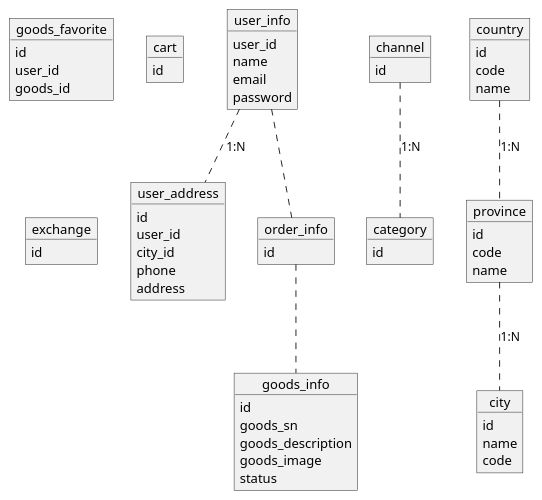
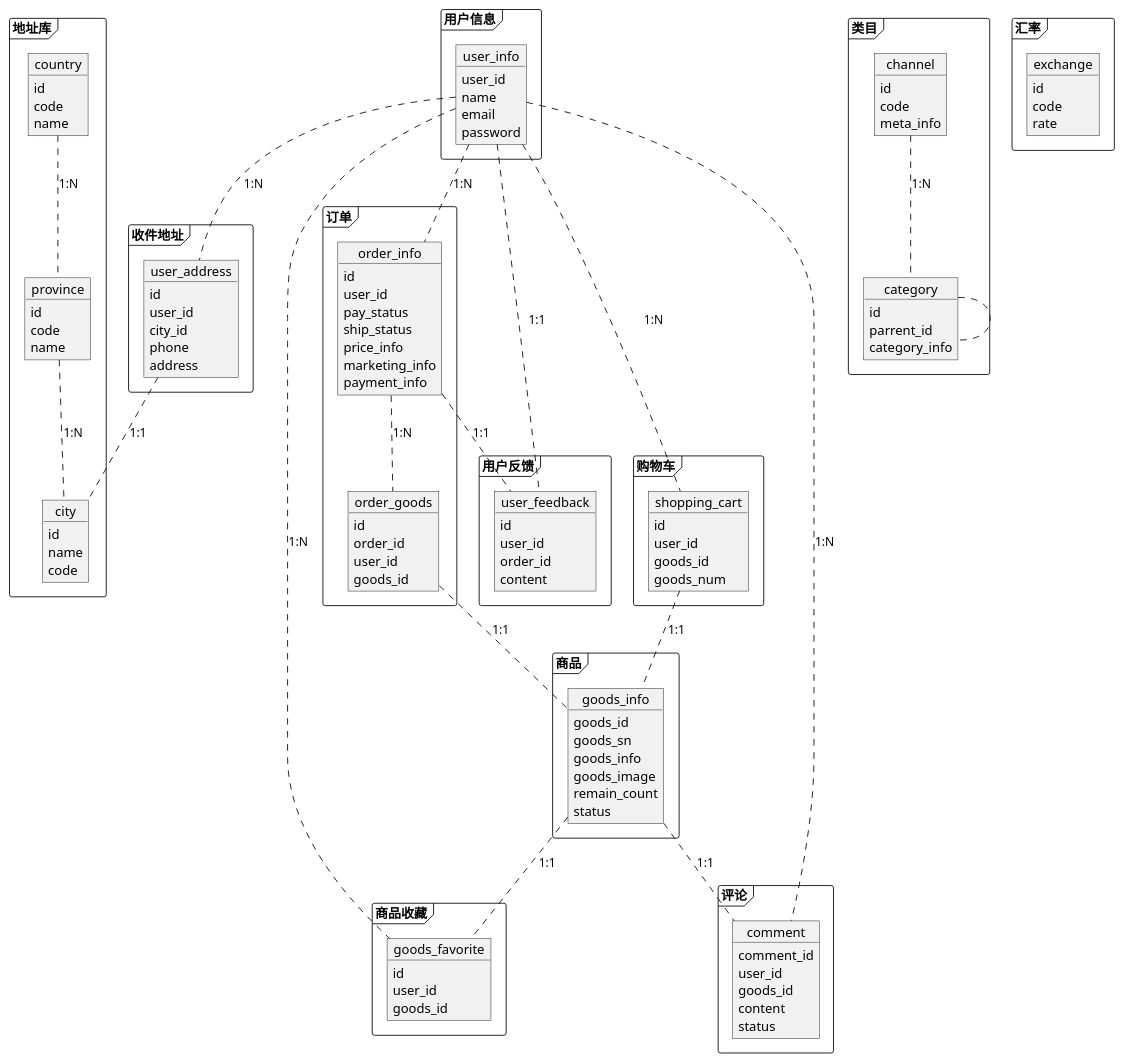
One commit to wonderflyer/doc changed the diagram in shop.puml. Above: the diagram before and after it, drawn with PlantUML.

```diff
--- a/shop.puml
+++ b/shop.puml
@@ -1,78 +1,159 @@
 @startuml
 
+
+frame 用户信息 {
 object user_info {
     user_id
     name
     email
     password
 }
+}
 
+
+frame 收件地址{
 object user_address {
     id
     user_id
     city_id
     phone
     address
 }
+}
 
+frame 订单 {
 object order_info {
     id
+    user_id
+    pay_status
+    ship_status
+    price_info
+    marketing_info
+    payment_info
 }
 
+object order_goods {
+    id
+    order_id
+    user_id
+    goods_id
+}
+}
+
+frame 商品{
 object goods_info {
-    id
+    goods_id
     goods_sn
-    goods_description
+    goods_info
     goods_image
+    remain_count
     status
 }
+}
 
+frame 商品收藏{
 object goods_favorite {
     id
     user_id
     goods_id
 }
+}
 
+frame 用户反馈{
+object user_feedback {
+    id
+    user_id
+    order_id
+    content
+}
+}
+
+frame 类目 {
 object category {
     id
+    parrent_id
+    category_info
 }
 
 object channel {
     id
+    code
+    meta_info
+}
 }
 
+
+frame 地址库{
 object country {
     id
     code
     name
 }
 
 object province {
     id
     code
     name
 }
 
 object city {
     id
     name
     code
 }
-
-object cart {
-    id
 }
 
+
+frame 购物车{
+object shopping_cart {
+    id
+    user_id
+    goods_id
+    goods_num
+}
+}
+
+frame 汇率{
 object exchange {
     id
+    code
+    rate
 }
+}
+
+frame 评论 {
+    object comment {
+        comment_id
+        user_id
+        goods_id
+        content
+        status
+    }
+}
+
 
 user_info .. user_address : 1:N
 country .. province : 1:N
 province .. city : 1:N
+user_address .. city : 1:1
+
+user_info .. comment : 1:N
+goods_info .. comment : 1:1
+
+user_info .. goods_favorite : 1:N
+goods_info .. goods_favorite : 1:1
+
+user_info .. shopping_cart : 1:N
+shopping_cart .. goods_info : 1:1
+
+user_info .. user_feedback : 1:1
+order_info .. user_feedback : 1:1
+
 channel .. category : 1:N
+category .. category
 
-user_info .. order_info
-order_info .. goods_info
+user_info .. order_info : 1:N
+order_info .. order_goods : 1:N
+order_goods .. goods_info : 1:1
 
 @enduml
```
